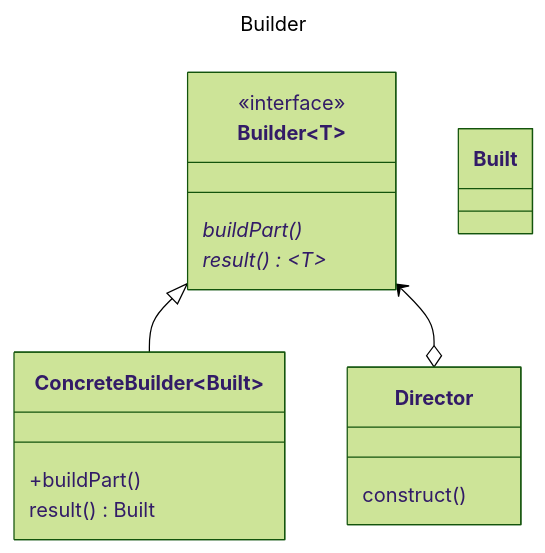
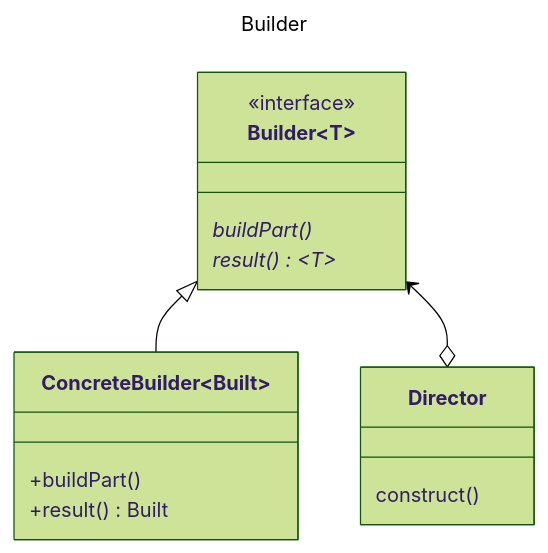
The diagram in src/main/java/org/example/gof/creation/builder/Builder.md (mtrigueira/JGoF), drawn with Mermaid (forest theme) before and after one commit. The commit also changed other lines of this file and 9 other files, not shown here.

Commit message:
tidy up diagrams

````diff
--- a/src/main/java/org/example/gof/creation/builder/Builder.md
+++ b/src/main/java/org/example/gof/creation/builder/Builder.md
@@ -1,22 +1,21 @@
 ```mermaid
 ---
 title: Builder
 ---
 classDiagram
     class Builder~T~ {
         <<interface>>
         buildPart()*
-        result()* ~T~
+        result() ~T~*
     }
     class ConcreteBuilder~Built~ {
         +buildPart()
-        result() Built
+        +result() Built
     }
     class Director {
         construct()
     }
-    class Built {}
-    
+
     Builder <|-- ConcreteBuilder
     Builder <--o Director
 ```
````
